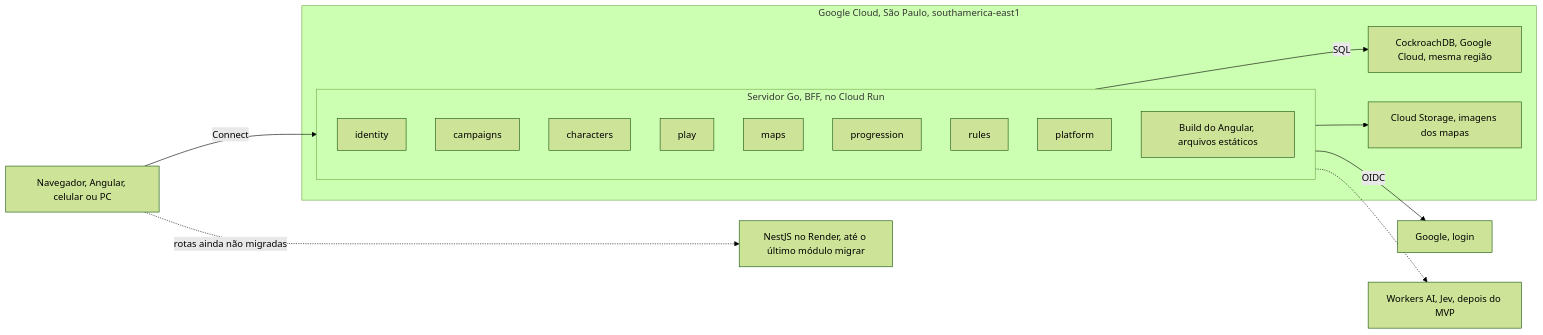
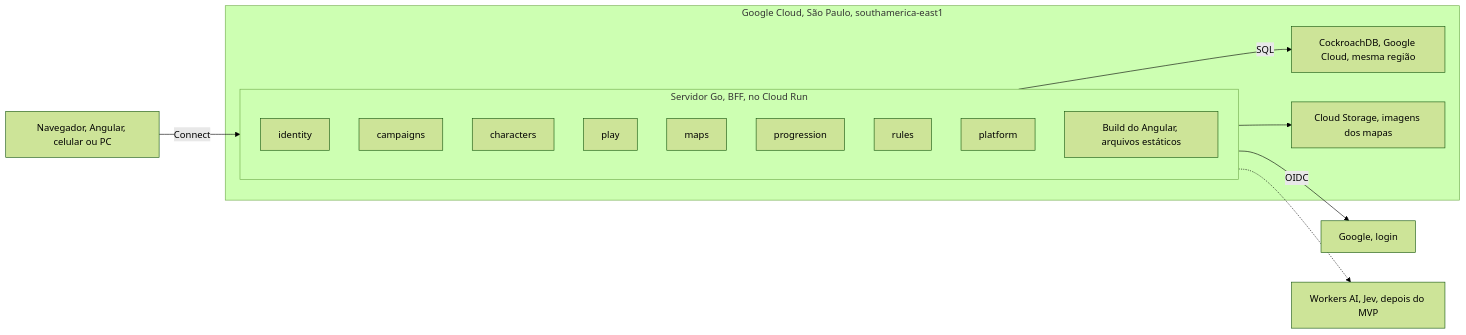
Before and after one commit to PuraFome/meuRPG: the diagram in docs/arquitetura.md, drawn with Mermaid (forest theme). The commit also changed other lines of this file and 10 other files, not shown here.

````diff
--- a/docs/arquitetura.md
+++ b/docs/arquitetura.md
@@ -38,32 +38,30 @@
 ```mermaid
 flowchart LR
     Nav["Navegador, Angular, celular ou PC"]
 
     subgraph GCP["Google Cloud, São Paulo, southamerica-east1"]
         subgraph BFF["Servidor Go, BFF, no Cloud Run"]
             identity["identity"]
             campaigns["campaigns"]
             characters["characters"]
             play["play"]
             maps["maps"]
             progression["progression"]
             rules["rules"]
             platform["platform"]
             AngularBuild["Build do Angular, arquivos estáticos"]
         end
         DB["CockroachDB, Google Cloud, mesma região"]
         Storage["Cloud Storage, imagens dos mapas"]
     end
 
     GoogleLogin["Google, login"]
-    NestJS["NestJS no Render, até o último módulo migrar"]
     WorkersAI["Workers AI, Jev, depois do MVP"]
 
     Nav -->|"Connect"| BFF
     BFF -->|"SQL"| DB
     BFF --> Storage
     BFF -->|"OIDC"| GoogleLogin
 
-    Nav -.->|"rotas ainda não migradas"| NestJS
     BFF -.-> WorkersAI
 ```
````
